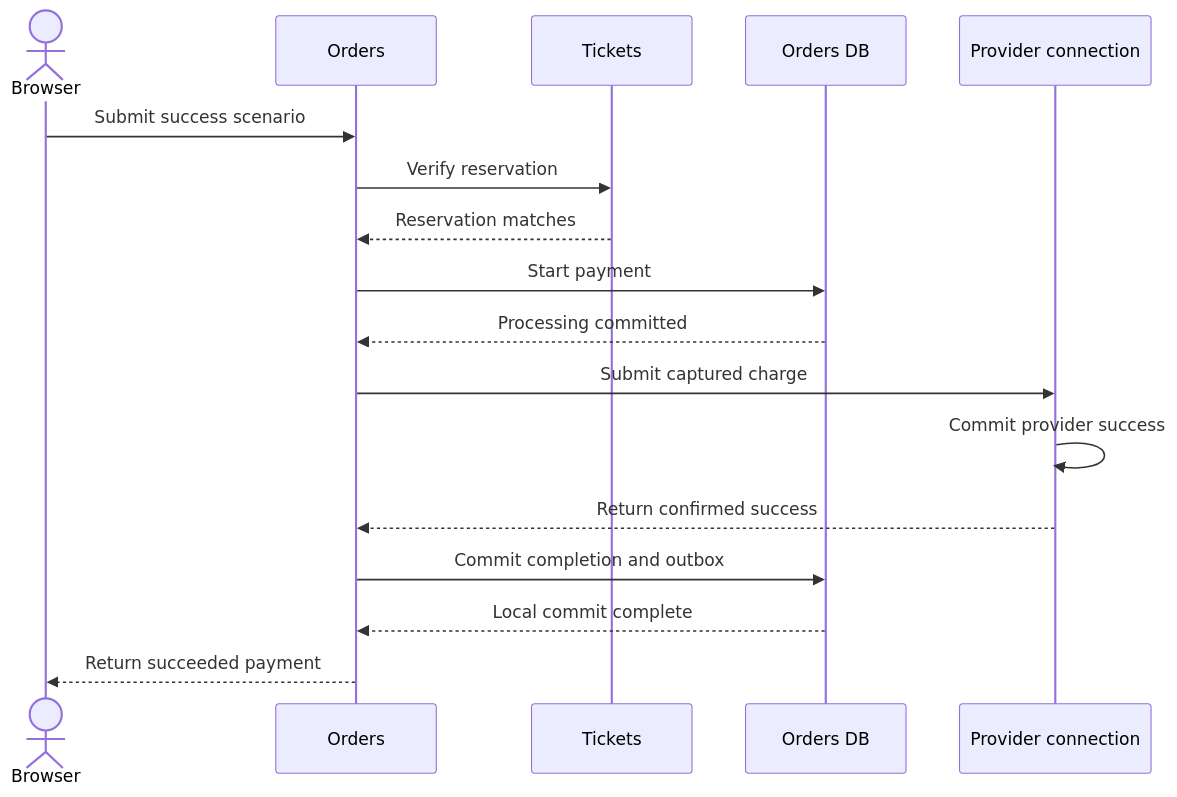
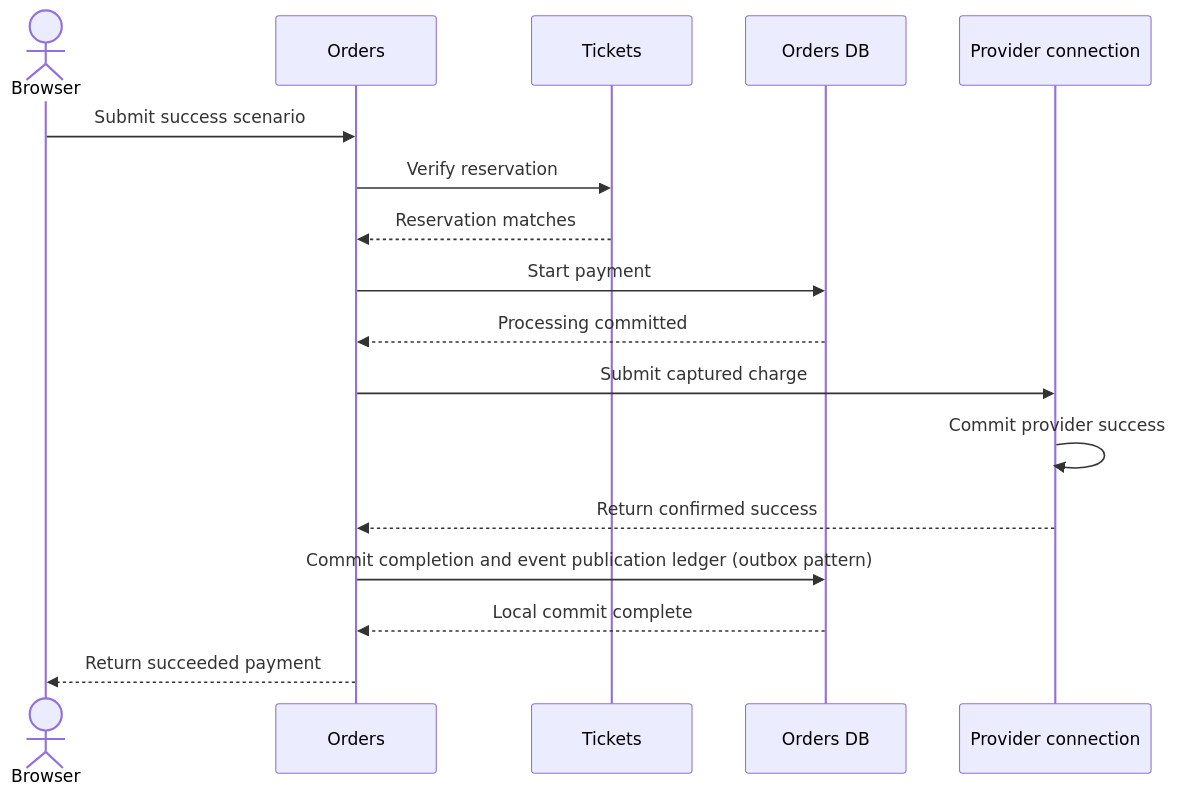
Before and after one commit to h19overflow/stubhub: the fifth of 16 diagrams in docs/system_design/sequence_diagrams.md, drawn with Mermaid. The commit also changed other lines of this file and 59 other files, not shown here.

````diff
--- a/docs/system_design/sequence_diagrams.md
+++ b/docs/system_design/sequence_diagrams.md
@@ -120,19 +120,19 @@
 ```mermaid
 sequenceDiagram
     actor B as Browser
     participant O as Orders
     participant T as Tickets
     participant OD as Orders DB
     participant PC as Provider connection
     B->>O: Submit success scenario
     O->>T: Verify reservation
     T-->>O: Reservation matches
     O->>OD: Start payment
     OD-->>O: Processing committed
     O->>PC: Submit captured charge
     PC->>PC: Commit provider success
     PC-->>O: Return confirmed success
-    O->>OD: Commit completion and outbox
+    O->>OD: Commit completion and event publication ledger (outbox pattern)
     OD-->>O: Local commit complete
     O-->>B: Return succeeded payment
 ```
````
